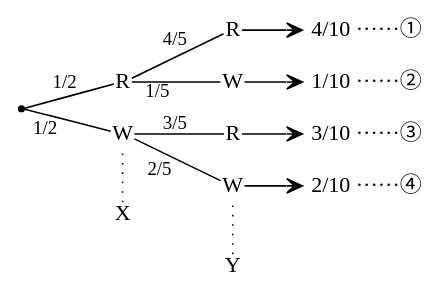
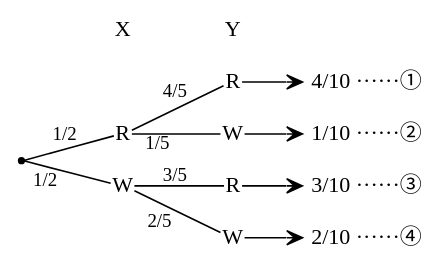
The diagram in problem3.dot (daiki-kaneda/problem_graph), drawn with Graphviz before and after one commit. The commit also changed 1 other file, not shown here.

```diff
--- a/problem3.dot
+++ b/problem3.dot
@@ -1,45 +1,45 @@
 digraph problem3 {
     rankdir = LR; // 左から右のレイアウトを指定
 
     // ダミーノード
     ""[shape=point];
 
     // ノードのスタイル設定
     node[shape=plain];
 
     // ノードの定義
+    dummy [label=" "]
+    Xlabel [label="X"]
+    Ylabel [label="Y"]
+    
+
     node1 [label="R"];
     node2 [label="W"];
     node3 [label="R"];
     node4 [label="W"];
     node5 [label="R"];
     node6 [label="W"];
     node7 [label=" 4/10 ······①"];
     node8 [label=" 1/10 ······②"];
     node9 [label=" 3/10 ······③"];
     node10 [label=" 2/10 ······④"];
-    node11 [label="X"];
-    node12 [label="Y"];
+
 
     // エッジの定義（有向）
     "" -> node1 [label=<<font point-size="12" color="black">1/2</font>>, arrowhead=none];
     "" -> node2 [xlabel=<<font point-size="12" color="black">1/2</font>>, arrowhead=none];
 
     node1 -> node3 [label=<<font point-size="12" color="black">4/5</font>>, arrowhead=none];
     node1 -> node4 [xlabel=<<font point-size="12" color="black">1/5</font>>, arrowhead=none];
 
     node2 -> node5 [label=<<font point-size="12" color="black">3/5</font>>, arrowhead=none];
     node2 -> node6 [xlabel=<<font point-size="12" color="black">2/5</font>>, arrowhead=none];
 
     node3 -> node7 [arrowhead=vee];
     node4 -> node8 [arrowhead=vee];
     node5 -> node9 [arrowhead=vee];
     node6 -> node10 [arrowhead=vee];
     
-    {rank=same; node11; node1;}
-    {rank=same; node12; node3;}
-
-    node11 -> node2 [constraint=false,style = dotted,arrowhead=none];
-    node12 -> node6 [constraint=false,style = dotted,arrowhead=none];
-    
+    {rank=same; dummy; Xlabel; node1;}
+    {rank=same; Ylabel; node3;}
 }
```
